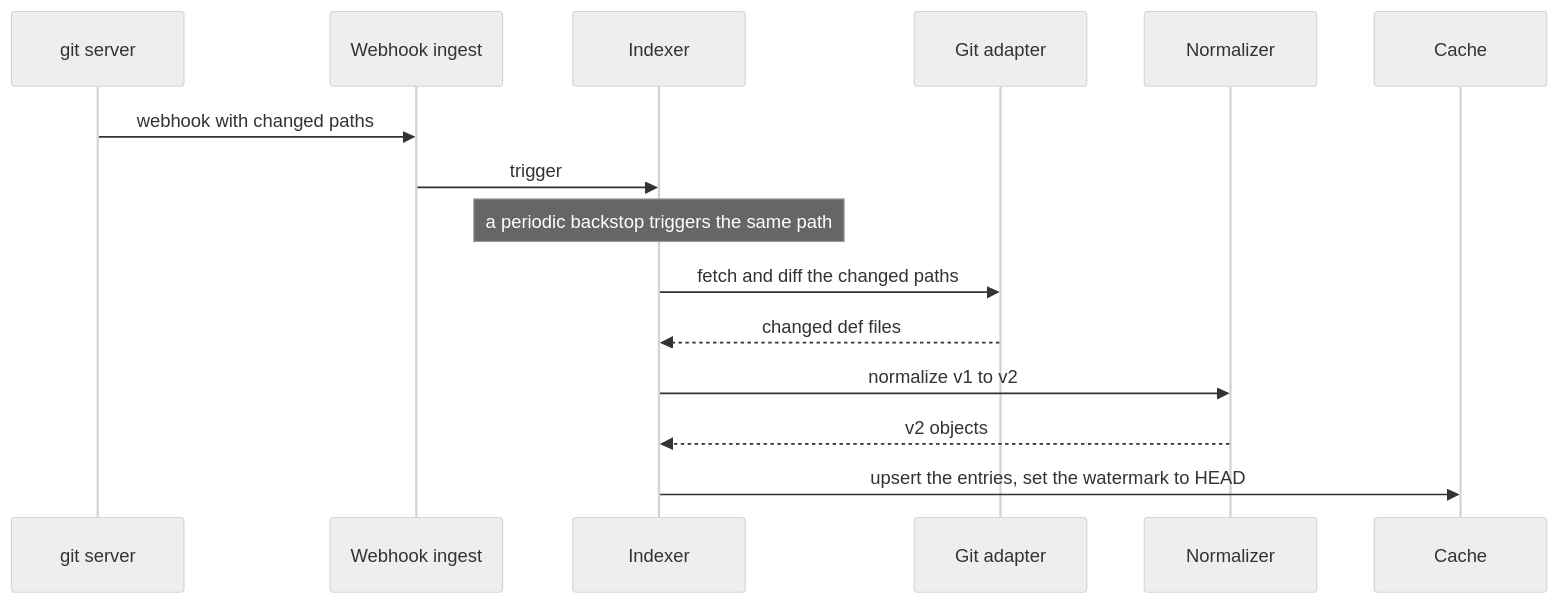
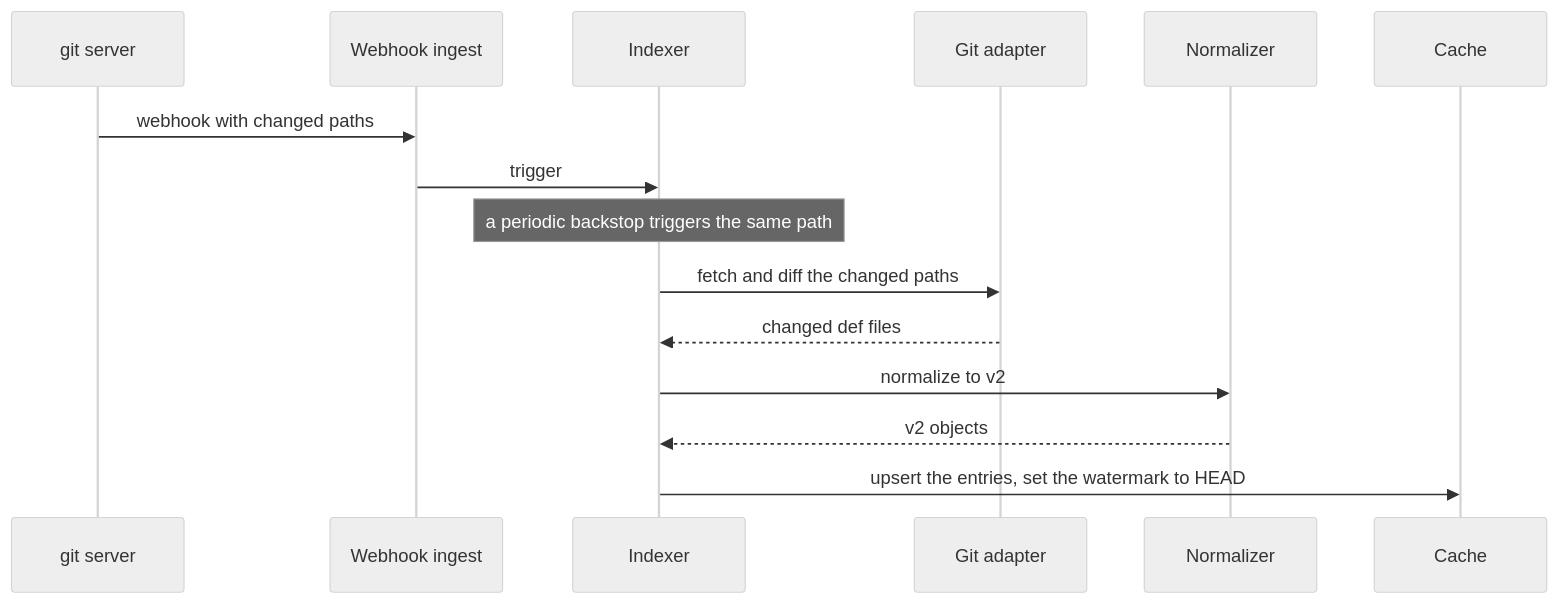
The fourth of 5 diagrams in docs/analysis/app-reg-def-service/design/architecture.md (Netcracker/qubership-envgene), drawn with Mermaid (neutral theme) before and after one commit. The commit also changed other lines of this file, not shown here.

First line of the commit message:
docs: address architecture.md review (round 1)

````diff
--- a/docs/analysis/app-reg-def-service/design/architecture.md
+++ b/docs/analysis/app-reg-def-service/design/architecture.md
@@ -85,17 +90,17 @@
 ```mermaid
 sequenceDiagram
   participant GS as git server
   participant WI as Webhook ingest
   participant IX as Indexer
   participant GA as Git adapter
   participant N as Normalizer
   participant Cache
   GS->>WI: webhook with changed paths
   WI->>IX: trigger
   Note over IX: a periodic backstop triggers the same path
   IX->>GA: fetch and diff the changed paths
   GA-->>IX: changed def files
-  IX->>N: normalize v1 to v2
+  IX->>N: normalize to v2
   N-->>IX: v2 objects
   IX->>Cache: upsert the entries, set the watermark to HEAD
 ```
````
